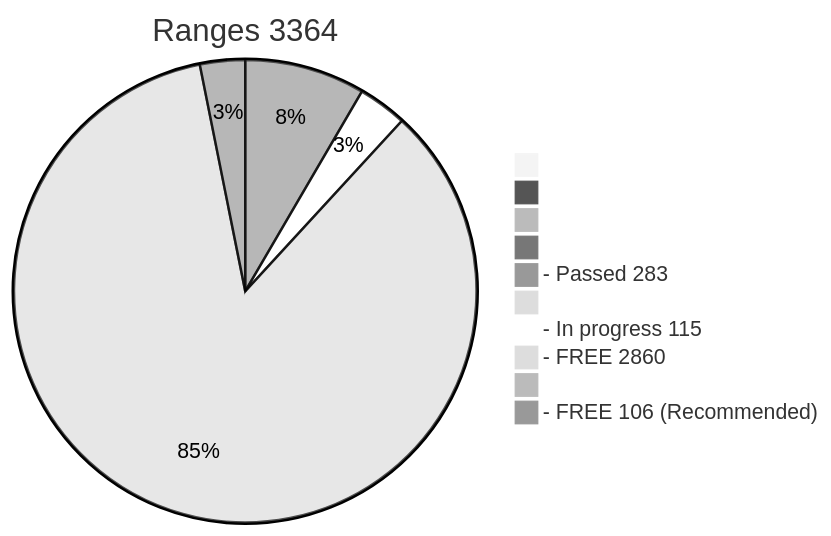
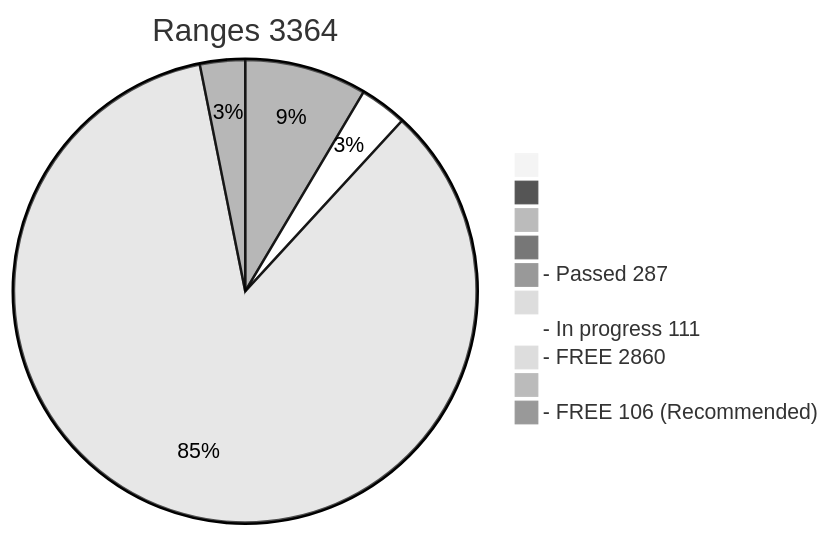
Before and after one commit to phrutis/wif500: the diagram in x64/Release/table.md, drawn with Mermaid (neutral theme). The commit also changed other lines of this file, not shown here.

````diff
--- a/x64/Release/table.md
+++ b/x64/Release/table.md
@@ -2,13 +2,13 @@
 ```mermaid
 pie title Ranges 3364
   " " : 0
   "  " : 0
   "   " : 0
   "    " : 0
-  "- Passed 283" : 283
+  "- Passed 287" : 287
   "     " : 0
-  "- In progress 115" : 115
+  "- In progress 111" : 111
   "- FREE 2860" : 2860
   "      " : 0
   "- FREE 106 (Recommended)" : 106
 ```
````
